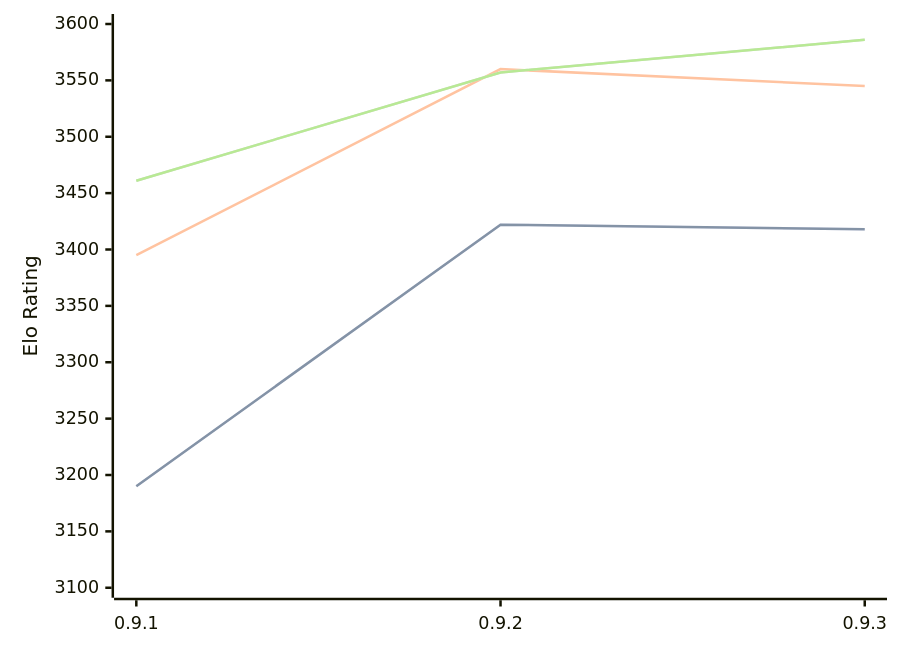
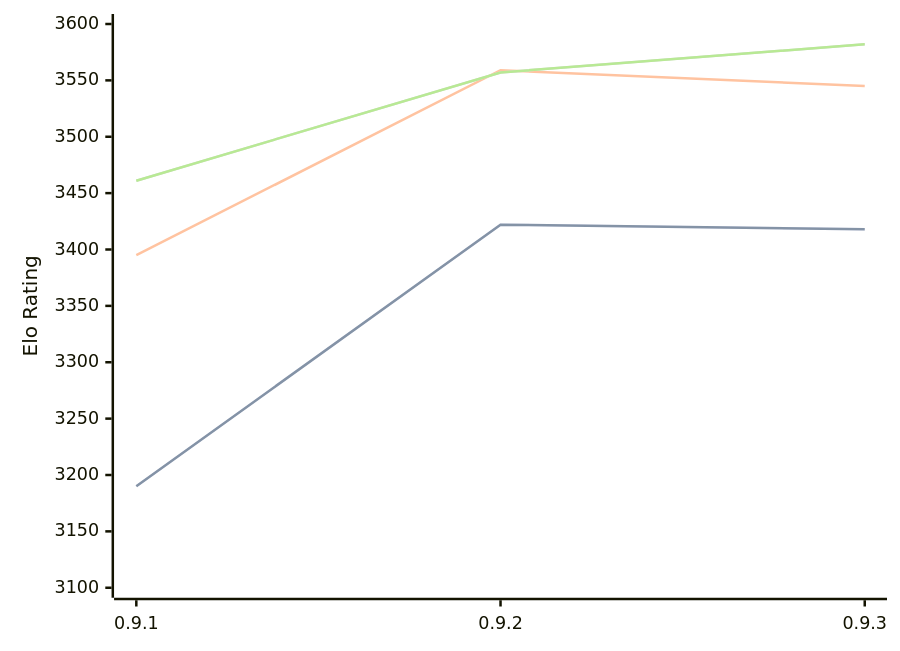
Before and after one commit to computer-chess-index/cci: the diagram in engines/Coda.md, drawn with Mermaid. The commit also changed other lines of this file, not shown here.

Commit message:
Update CCI Ratings (ELO VLTC) - 2026-08-02

````diff
--- a/engines/Coda.md
+++ b/engines/Coda.md
@@ -33,11 +33,11 @@
 ```mermaid
 %%{init: {"theme":"base","themeVariables":{"seriesColors:['#a3a3a3','#222221','#faa371']}}}%%
 xychart-beta
   x-axis ["0.9.1", "0.9.2", "0.9.3"]
   y-axis "Elo Rating" 3100 --> 3600
   line "STC (8.0+0.08s)" [3190, 3422, 3418]
   line "STC (8.0+0.08s)" [3190, 3422, 3418]
-  line "LTC (60.0+0.60s)" [3395, 3560, 3545]
-  line "VLTC (2m24s+1.12s)" [3461, 3557, 3586]
-  line "VLTC (2m24s+1.12s)" [3461, 3557, 3586]
+  line "LTC (60.0+0.60s)" [3395, 3559, 3545]
+  line "VLTC (2m24s+1.12s)" [3461, 3557, 3582]
+  line "VLTC (2m24s+1.12s)" [3461, 3557, 3582]
 ```
````
